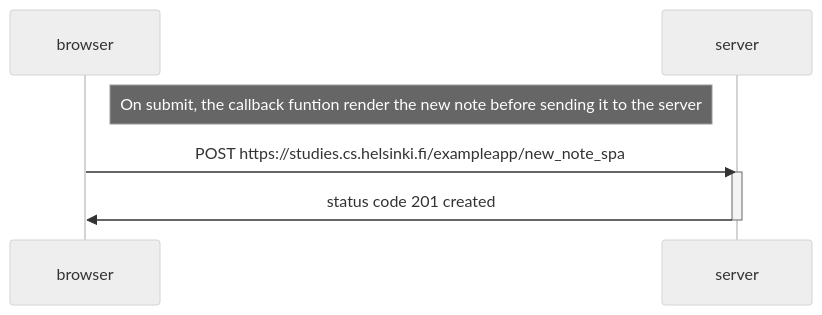
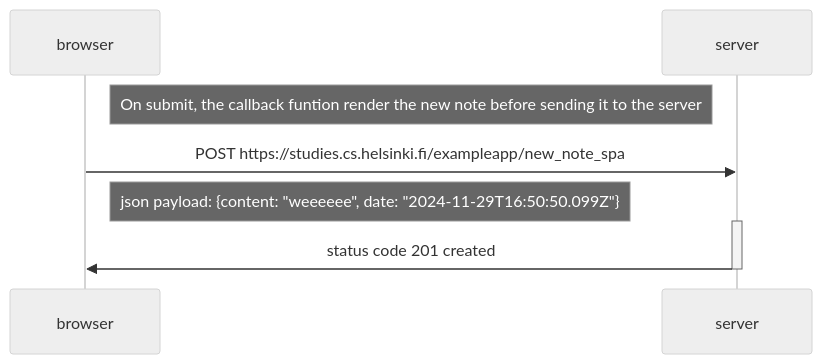
One commit to VoThinhVuong/fullstackopen_works changed the diagram in part0/ex_06.md. Above: the diagram before and after it, drawn with Mermaid (neutral theme).

````diff
--- a/part0/ex_06.md
+++ b/part0/ex_06.md
@@ -2,13 +2,13 @@
 ```mermaid
 sequenceDiagram
     participant browser
     participant server
 
     Note right of browser: On submit, the callback funtion render the new note before sending it to the server
 
     browser->>server: POST https://studies.cs.helsinki.fi/exampleapp/new_note_spa
-
+    Note right of browser: json payload: {content: "weeeeee", date: "2024-11-29T16:50:50.099Z"}
     activate server
     server->>browser: status code 201 created
     deactivate server
 ```
````
